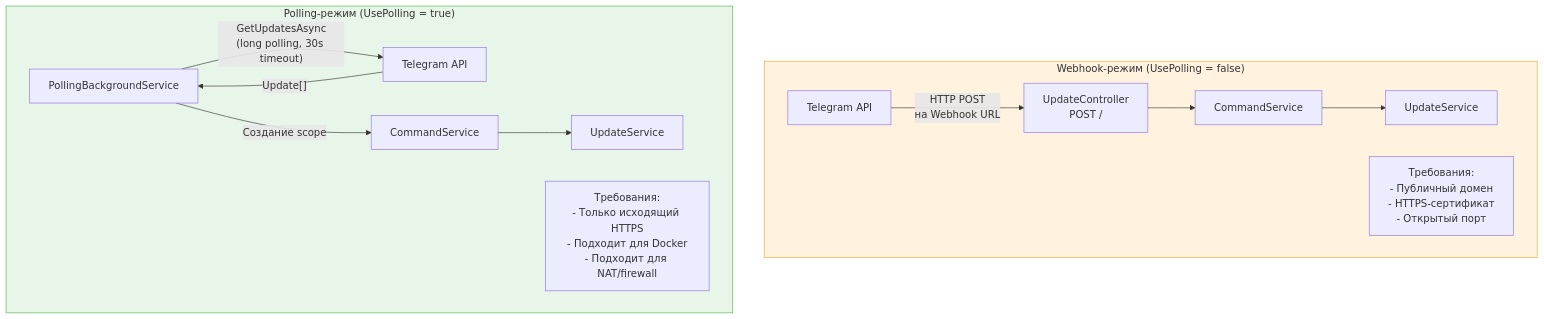
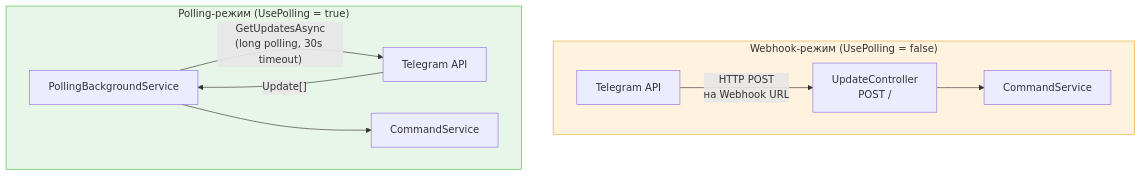
One commit to Jenausmax/ExchangeRates.Api changed diagram 15 of 20 in doc/architecture.md. Above: the diagram before and after it, drawn with Mermaid. The commit also changed other lines of this file and 2 other files, not shown here.

````diff
--- a/doc/architecture.md
+++ b/doc/architecture.md
@@ -536,20 +751,16 @@
 ```mermaid
 graph TB
     subgraph WebhookMode["Webhook-режим (UsePolling = false)"]
         TG1["Telegram API"] -->|"HTTP POST<br/>на Webhook URL"| WH["UpdateController<br/>POST /"]
         WH --> CS1["CommandService"]
-        CS1 --> US1["UpdateService"]
-        note1["Требования:<br/>- Публичный домен<br/>- HTTPS-сертификат<br/>- Открытый порт"]
     end
 
     subgraph PollingMode["Polling-режим (UsePolling = true)"]
         PBS["PollingBackgroundService"] -->|"GetUpdatesAsync<br/>(long polling, 30s timeout)"| TG2["Telegram API"]
         TG2 -->|"Update[]"| PBS
-        PBS -->|"Создание scope"| CS2["CommandService"]
-        CS2 --> US2["UpdateService"]
-        note2["Требования:<br/>- Только исходящий HTTPS<br/>- Подходит для Docker<br/>- Подходит для NAT/firewall"]
+        PBS --> CS2["CommandService"]
     end
 
     style WebhookMode fill:#fff3e0,stroke:#e8a838
     style PollingMode fill:#e8f5e9,stroke:#50b848
 ```
````
